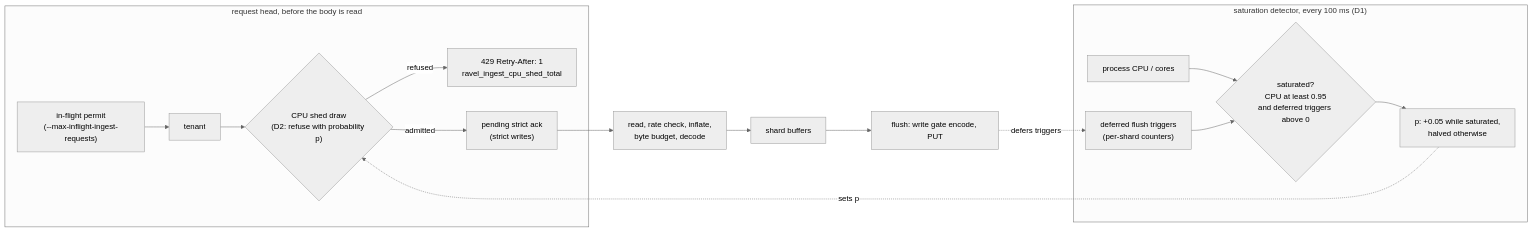
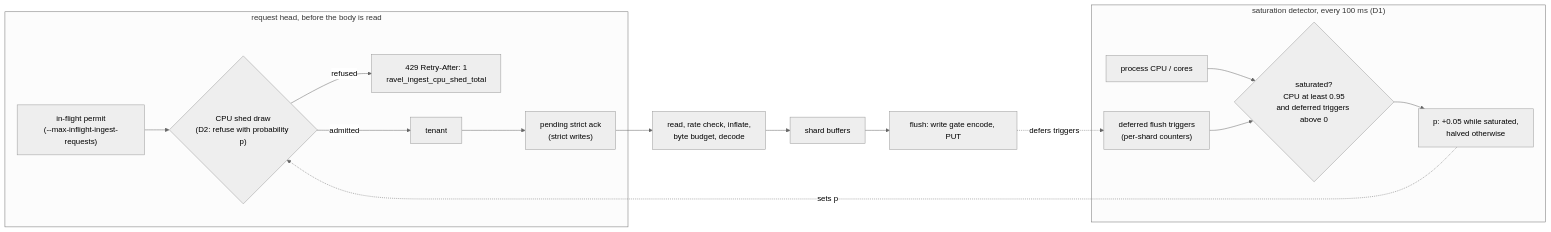
The diagram in docs/adrs/3718-cpu-aware-ingest-admission.md (NOFireAI/ravel), drawn with Mermaid (neutral theme) before and after one commit. The commit also changed other lines of this file, not shown here.

````diff
--- a/docs/adrs/3718-cpu-aware-ingest-admission.md
+++ b/docs/adrs/3718-cpu-aware-ingest-admission.md
@@ -112,18 +134,18 @@
 ```mermaid
 flowchart LR
   subgraph head["request head, before the body is read"]
-    P["in-flight permit\n(--max-inflight-ingest-requests)"] --> T[tenant]
-    T --> C{"CPU shed draw\n(D2: refuse with probability p)"}
+    P["in-flight permit\n(--max-inflight-ingest-requests)"] --> C{"CPU shed draw\n(D2: refuse with probability p)"}
     C -- refused --> R["429 Retry-After: 1\nravel_ingest_cpu_shed_total"]
-    C -- admitted --> A["pending strict ack\n(strict writes)"]
+    C -- admitted --> T[tenant]
+    T --> A["pending strict ack\n(strict writes)"]
   end
   A --> D["read, rate check, inflate,\nbyte budget, decode"]
   D --> B["shard buffers"] --> F["flush: write gate encode, PUT"]
   subgraph det["saturation detector, every 100 ms (D1)"]
     U["process CPU / cores"] --> S{"saturated?\nCPU at least 0.95\nand deferred triggers above 0"}
     Q["deferred flush triggers\n(per-shard counters)"] --> S
     S --> PF["p: +0.05 while saturated,\nhalved otherwise"]
   end
   F -. defers triggers .-> Q
   PF -. sets p .-> C
 ```
````
